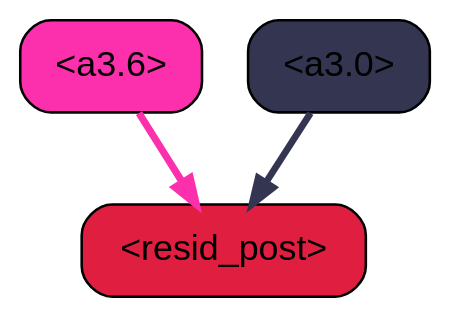
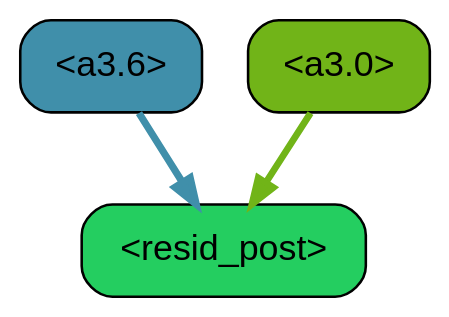
The diagram in thresh_sweep/ims/docstring_absval_edge/thresh0.75_img_1.gv (Aaquib111/edge-attribution-patching), drawn with Graphviz before and after one commit. The commit also changed 3 other files, not shown here.

Commit message:
comment out graphs for now

```diff
--- a/thresh_sweep/ims/docstring_absval_edge/thresh0.75_img_1.gv
+++ b/thresh_sweep/ims/docstring_absval_edge/thresh0.75_img_1.gv
@@ -1,26 +1,26 @@
 strict digraph "" {
 	graph [bgcolor=transparent,
 		layout=dot,
 		overlap=false,
 		splines=true
 	];
 	"<a3.6>"	[color=black,
-		fillcolor="#fc30ac",
+		fillcolor="#408faa",
 		fontname=Helvetica,
 		shape=box,
 		style="filled, rounded"];
 	"<resid_post>"	[color=black,
-		fillcolor="#e01f40",
+		fillcolor="#24ce60",
 		fontname=Helvetica,
 		shape=box,
 		style="filled, rounded"];
-	"<a3.6>" -> "<resid_post>"	[color="#fc30ac",
+	"<a3.6>" -> "<resid_post>"	[color="#408faa",
 		penwidth=2.8068289756774902];
 	"<a3.0>"	[color=black,
-		fillcolor="#343651",
+		fillcolor="#71b418",
 		fontname=Helvetica,
 		shape=box,
 		style="filled, rounded"];
-	"<a3.0>" -> "<resid_post>"	[color="#343651",
+	"<a3.0>" -> "<resid_post>"	[color="#71b418",
 		penwidth=2.6453909873962402];
 }
```
